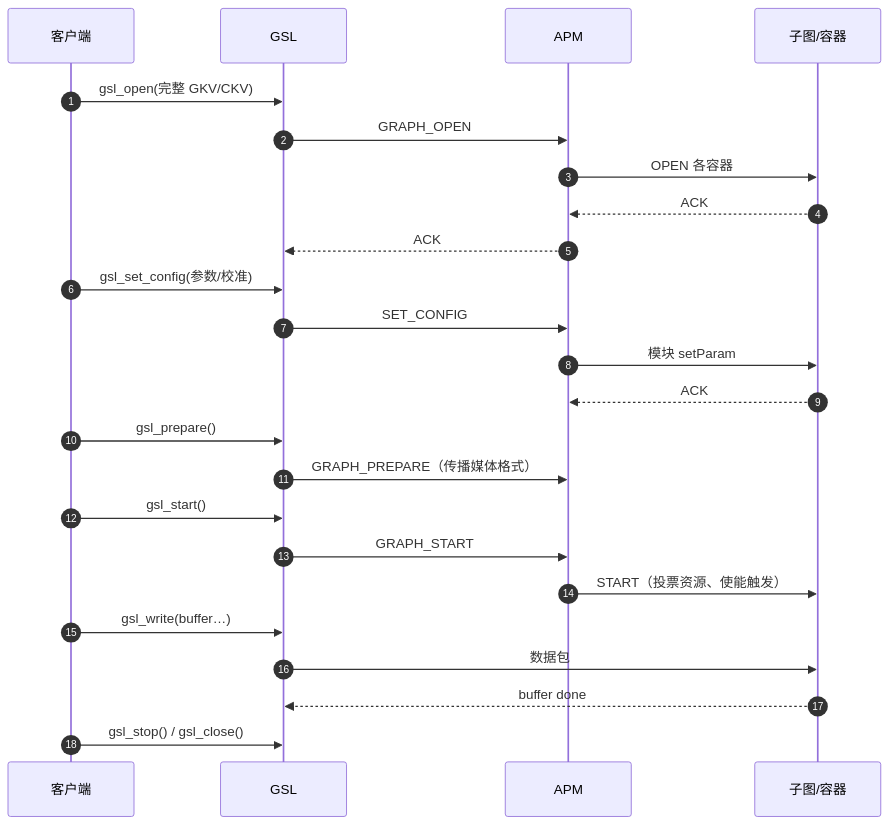
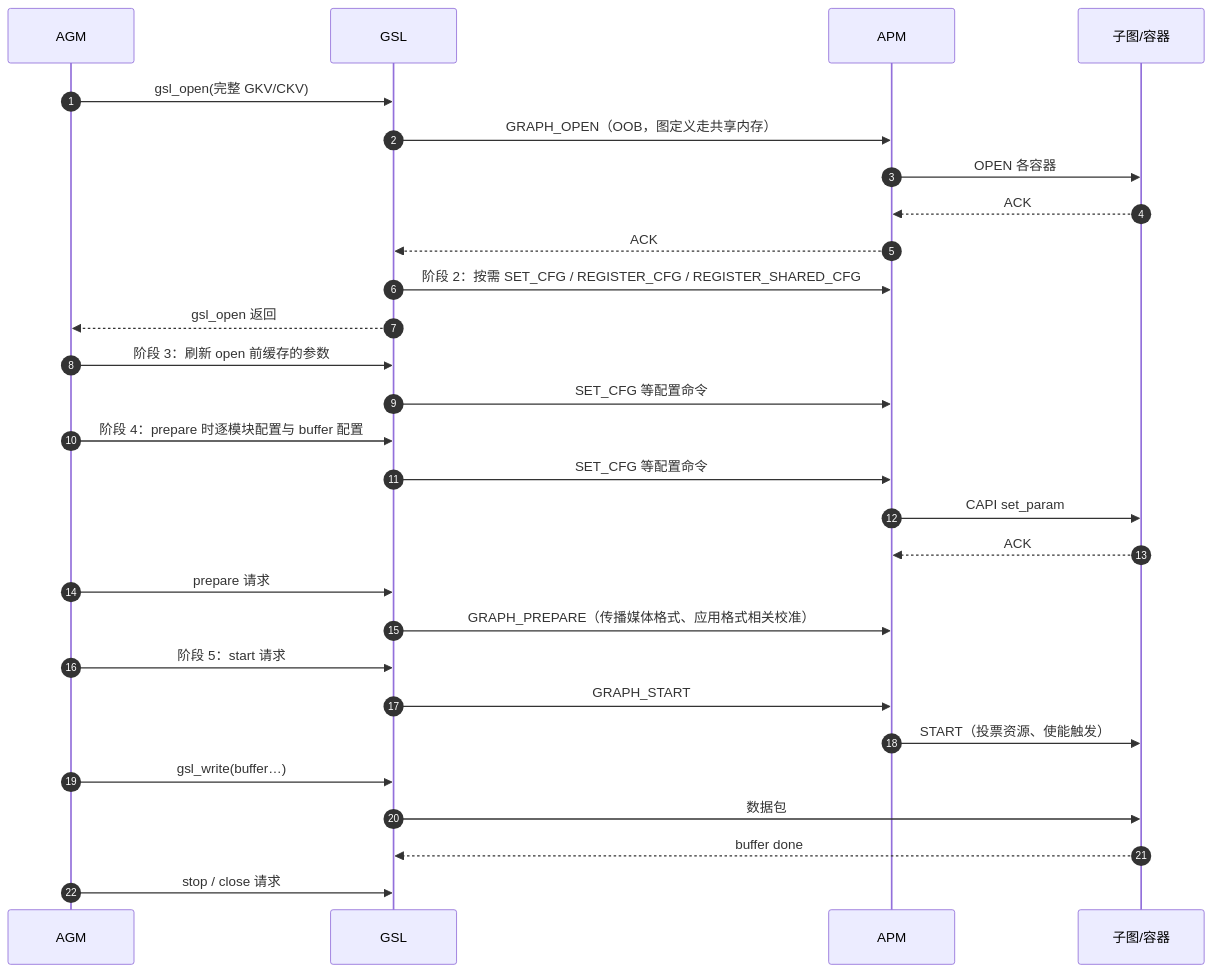
One commit to gbaxy/myblog changed diagram 20 of 23 in src/content/blog/audioreach-architecture.md. Above: the diagram before and after it, drawn with Mermaid. The commit also changed other lines of this file, not shown here.

Commit message:
docs: update AudioReach architecture guide to v1.2

````diff
--- a/src/content/blog/audioreach-architecture.md
+++ b/src/content/blog/audioreach-architecture.md
@@ -1160,26 +1307,30 @@
 ```mermaid
 sequenceDiagram
     autonumber
-    participant C as 客户端
+    participant C as AGM
     participant G as GSL
     participant A as APM
     participant S as 子图/容器
     C->>G: gsl_open(完整 GKV/CKV)
-    G->>A: GRAPH_OPEN
+    G->>A: GRAPH_OPEN（OOB，图定义走共享内存）
     A->>S: OPEN 各容器
     S-->>A: ACK
     A-->>G: ACK
-    C->>G: gsl_set_config(参数/校准)
-    G->>A: SET_CONFIG
-    A->>S: 模块 setParam
+    G->>A: 阶段 2：按需 SET_CFG / REGISTER_CFG / REGISTER_SHARED_CFG
+    G-->>C: gsl_open 返回
+    C->>G: 阶段 3：刷新 open 前缓存的参数
+    G->>A: SET_CFG 等配置命令
+    C->>G: 阶段 4：prepare 时逐模块配置与 buffer 配置
+    G->>A: SET_CFG 等配置命令
+    A->>S: CAPI set_param
     S-->>A: ACK
-    C->>G: gsl_prepare()
-    G->>A: GRAPH_PREPARE（传播媒体格式）
-    C->>G: gsl_start()
+    C->>G: prepare 请求
+    G->>A: GRAPH_PREPARE（传播媒体格式、应用格式相关校准）
+    C->>G: 阶段 5：start 请求
     G->>A: GRAPH_START
     A->>S: START（投票资源、使能触发）
     C->>G: gsl_write(buffer…)
     G->>S: 数据包
     S-->>G: buffer done
-    C->>G: gsl_stop() / gsl_close()
+    C->>G: stop / close 请求
 ```
````
